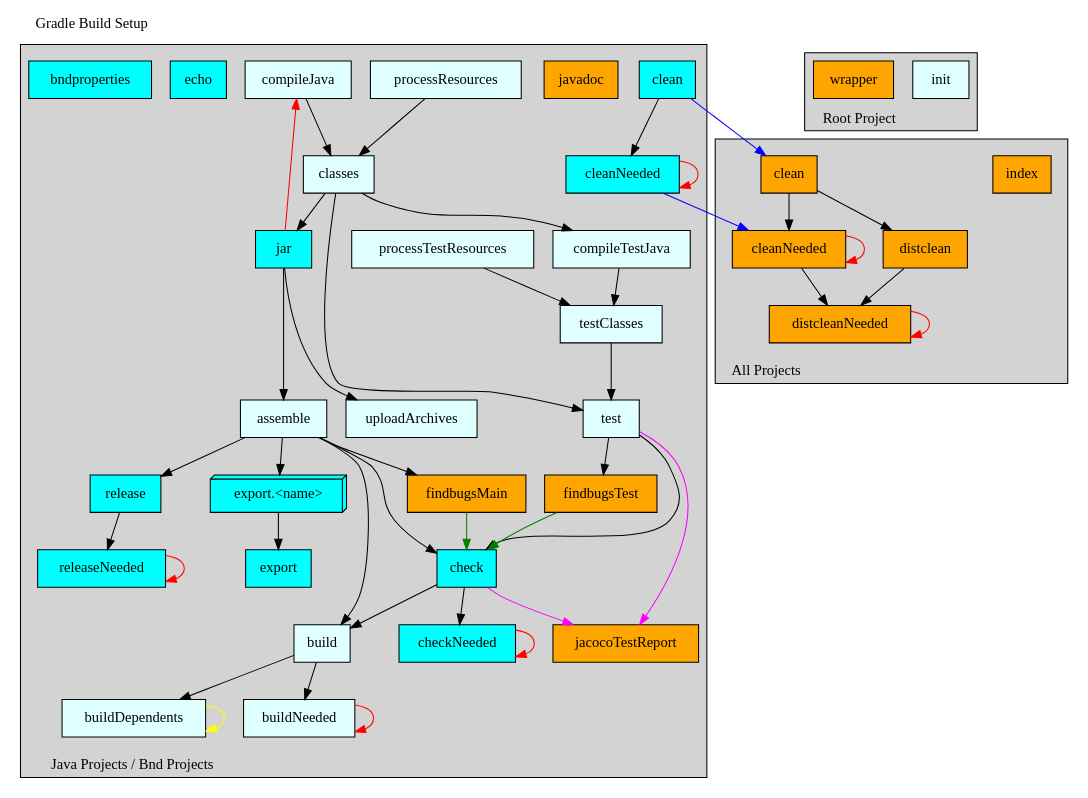
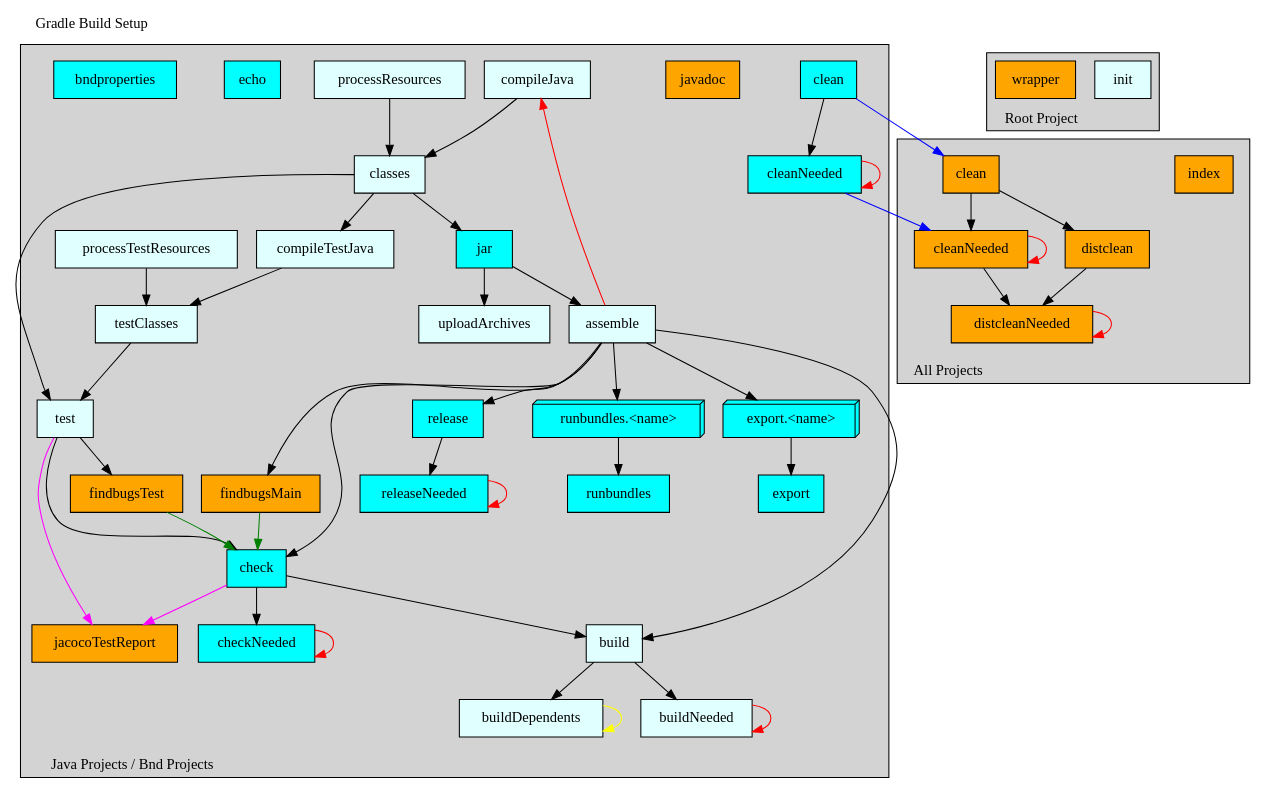
Before and after one commit to peterkir/musicTreePrograms: the diagram in cnf/gradle/doc/template.dot, drawn with Graphviz. The commit also changed 13 other files, not shown here.

```diff
--- a/cnf/gradle/doc/template.dot
+++ b/cnf/gradle/doc/template.dot
@@ -1,193 +1,197 @@
 /*
  * WARNING
  *
  * This file should not be edited.
  *
  * GNU Free Documentation License
  * Version 1.3, 3 November 2008
  *
  * See the BUILDING-GRADLE.md document in the root project for more details.
  *
  * To create an SVG diagram from this file, install graphviz and run:
  *   dot -Tsvg "$1.dot" -o "$1.svg"   (on a Linux   machine)
  *   dot -Tsvg "%1.dot" -o "%1.svg"   (on a Windows machine)
  */
 
 
 digraph GradleSetup {
   label="Gradle Build Setup"
   labelloc=t
   labeljust=l
 
   subgraph cluster1 {
     label="Java Projects / Bnd Projects";
     labelloc=b
     labeljust=l
     style=filled;
     fillcolor=lightgrey;
     color=black;
 
     subgraph cluster101 {
       label="";
       style=invis;
       compileJava          [shape=box, style=filled, fillcolor=lightcyan, label="compileJava"         ]
       processResources     [shape=box, style=filled, fillcolor=lightcyan, label="processResources"    ]
       classes              [shape=box, style=filled, fillcolor=lightcyan, label="classes"             ]
     }
 
     subgraph cluster102 {
       label="";
       style=invis;
       jar                  [shape=box, style=filled, fillcolor=cyan     , label="jar"                 ]
     }
 
     subgraph cluster103 {
       label="";
       style=invis;
       compileTestJava      [shape=box, style=filled, fillcolor=lightcyan, label="compileTestJava"     ]
       processTestResources [shape=box, style=filled, fillcolor=lightcyan, label="processTestResources"]
       testClasses          [shape=box, style=filled, fillcolor=lightcyan, label="testClasses"         ]
     }
 
     subgraph cluster104 {
       label="";
       style=invis;
       test                 [shape=box, style=filled, fillcolor=lightcyan, label="test"                ]
     }
 
     subgraph cluster105 {
       label="";
       style=invis;
       uploadArchives       [shape=box, style=filled, fillcolor=lightcyan, label="uploadArchives"      ]
       assemble             [shape=box, style=filled, fillcolor=lightcyan, label="assemble"            ]
     }
 
     subgraph cluster106 {
       label="";
       style=invis;
       check                [shape=box, style=filled, fillcolor=cyan     , label="check"               ]
       checkNeeded          [shape=box, style=filled, fillcolor=cyan     , label="checkNeeded"         ]
     }
 
     subgraph cluster107 {
       label="";
       style=invis;
       release              [shape=box, style=filled, fillcolor=cyan     , label="release"             ]
       releaseNeeded        [shape=box, style=filled, fillcolor=cyan     , label="releaseNeeded"       ]
     }
 
     subgraph cluster108 {
       label="";
       style=invis;
       exportX              [shape=box3d, style=filled, fillcolor=cyan   , label="export.<name>"       ]
       export               [shape=box  , style=filled, fillcolor=cyan   , label="export"              ]
+      runbundlesX          [shape=box3d, style=filled, fillcolor=cyan   , label="runbundles.<name>"   ]
+      runbundles           [shape=box  , style=filled, fillcolor=cyan   , label="runbundles"          ]
     }
 
     subgraph cluster109 {
       label="";
       style=invis;
       build                [shape=box, style=filled, fillcolor=lightcyan, label="build"               ]
       buildDependents      [shape=box, style=filled, fillcolor=lightcyan, label="buildDependents"     ]
       buildNeeded          [shape=box, style=filled, fillcolor=lightcyan, label="buildNeeded"         ]
     }
 
     subgraph cluster110 {
       label="";
       style=invis;
       findbugsMain         [shape=box, style=filled, fillcolor=orange   , label="findbugsMain"        ]
       findbugsTest         [shape=box, style=filled, fillcolor=orange   , label="findbugsTest"        ]
     }
 
     javadoc                [shape=box, style=filled, fillcolor=orange   , label="javadoc"             ]
 
     clean                  [shape=box, style=filled, fillcolor=cyan     , label="clean"               ]
     cleanNeeded            [shape=box, style=filled, fillcolor=cyan     , label="cleanNeeded"         ]
     echo                   [shape=box, style=filled, fillcolor=cyan     , label="echo"                ]
     bndproperties          [shape=box, style=filled, fillcolor=cyan     , label="bndproperties"       ]
     jacocoTestReport       [shape=box, style=filled, fillcolor=orange   , label="jacocoTestReport"    ]
 
     compileJava            -> classes
     processResources       -> classes
     classes                -> compileTestJava
     classes                -> jar
     classes                -> test
     compileTestJava        -> testClasses
     processTestResources   -> testClasses
     jar                    -> uploadArchives
     jar                    -> assemble
     testClasses            -> test
     assemble               -> build
     assemble               -> check
     test                   -> check
     check                  -> checkNeeded
     checkNeeded            -> checkNeeded        [color=red   ]
     check                  -> build
     build                  -> buildDependents
     buildDependents        -> buildDependents    [color=yellow]
     build                  -> buildNeeded
     buildNeeded            -> buildNeeded        [color=red   ]
 
-    jar                    -> compileJava        [color=red   ]
+    assemble               -> compileJava        [color=red   ]
     assemble               -> release
     assemble               -> exportX
     exportX                -> export
+    assemble               -> runbundlesX
+    runbundlesX            -> runbundles
     release                -> releaseNeeded
     releaseNeeded          -> releaseNeeded      [color=red   ]
     clean                  -> cleanNeeded
     cleanNeeded            -> cleanNeeded        [color=red   ]
 
     assemble               -> findbugsMain
     test                   -> findbugsTest
     findbugsMain           -> check              [color=green ]
     findbugsTest           -> check              [color=green ]
     test                   -> jacocoTestReport   [color=magenta]
     check                  -> jacocoTestReport   [color=magenta]
   }
 
 
   subgraph cluster2 {
     label="All Projects";
     labelloc=b
     labeljust=l
     style=filled;
     fillcolor=lightgrey;
     color=black;
 
     subgraph cluster201 {
       label="";
       style=invis;
       index                [shape=box, style=filled, fillcolor=orange   , label="index"               ]
     }
 
     subgraph cluster202 {
       label="";
       style=invis;
       cleanAll             [shape=box, style=filled, fillcolor=orange   , label="clean"               ]
       cleanAllNeeded       [shape=box, style=filled, fillcolor=orange   , label="cleanNeeded"         ]
       distclean            [shape=box, style=filled, fillcolor=orange   , label="distclean"           ]
       distcleanNeeded      [shape=box, style=filled, fillcolor=orange   , label="distcleanNeeded"     ]
     }
 
     clean                  -> cleanAll           [color=blue  ]
     cleanNeeded            -> cleanAllNeeded     [color=blue  ]
     cleanAll               -> cleanAllNeeded
     cleanAll               -> distclean
     cleanAllNeeded         -> cleanAllNeeded     [color=red   ]
     cleanAllNeeded         -> distcleanNeeded
     distclean              -> distcleanNeeded
     distcleanNeeded        -> distcleanNeeded    [color=red   ]
   }
 
 
   subgraph cluster3 {
     label="Root Project";
     labelloc=b
     labeljust=l
     style=filled;
     fillcolor=lightgrey;
     color=black;
 
     init                   [shape=box, style=filled, fillcolor=lightcyan, label="init"                ]
     wrapper                [shape=box, style=filled, fillcolor=orange   , label="wrapper"             ]
   }
 }
```
